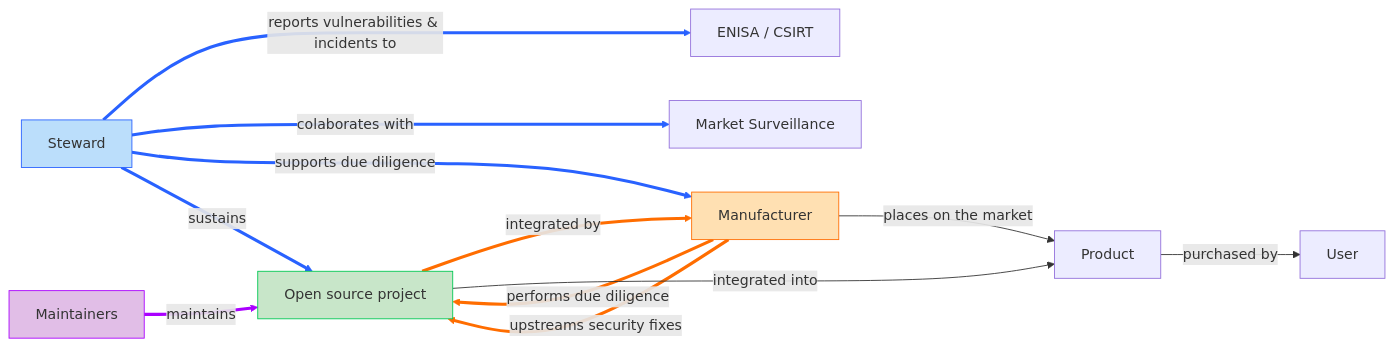
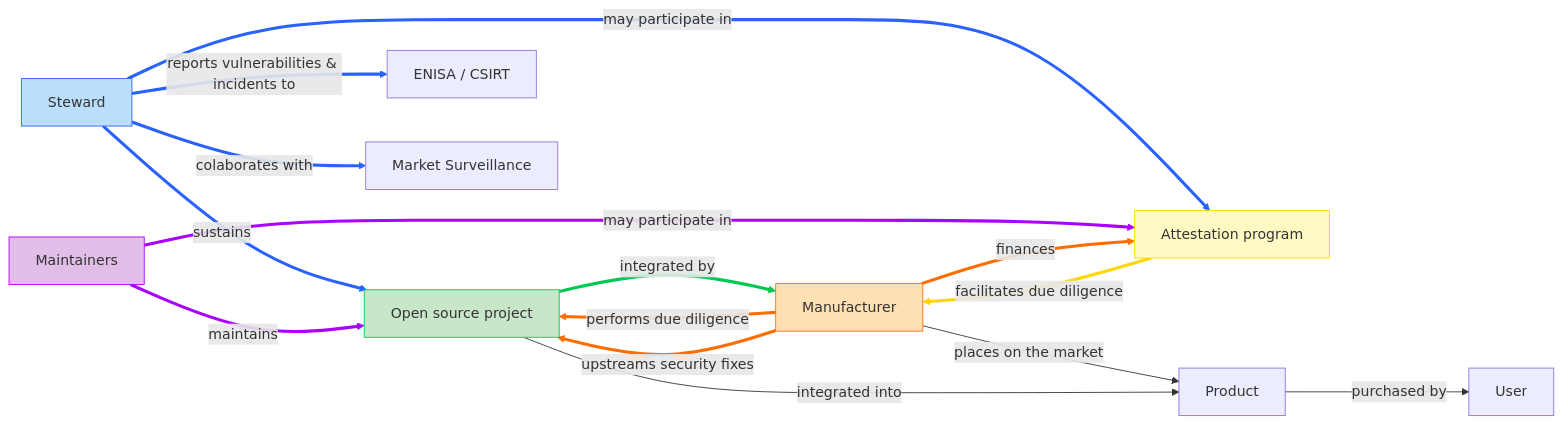
Before and after one commit to orcwg/orcwg: the diagram in cyber-resilience-sig/README.md, drawn with Mermaid.

Commit message:
Include Attestation program in scope diagram

````diff
--- a/cyber-resilience-sig/README.md
+++ b/cyber-resilience-sig/README.md
@@ -15,27 +15,29 @@
 ```mermaid
 flowchart LR
     foss["Open source project"] == integrated by ==> manufacturer["Manufacturer"] 
     manufacturer == performs due diligence ==> foss
-    steward["Steward"] == reports vulnerabilities & incidents to ===> enisa["ENISA / CSIRT"]
-    steward == colaborates with ===> msa["Market Surveillance"]
-    steward == supports due diligence ==> manufacturer
+    steward["Steward"] == reports vulnerabilities & incidents to ==> enisa["ENISA / CSIRT"]
+    steward == colaborates with ==> msa["Market Surveillance"]
+    prog["Attestation program"] == facilitates due diligence ==> manufacturer
+    steward == may participate in ==> prog
+    maintainers["Maintainers"] == may participate in ==> prog
+    manufacturer == finances ==> prog
     steward == sustains ==> foss
-    maintainers["Maintainers"] == maintains ==> foss
+    maintainers == maintains ==> foss
     manufacturer == upstreams security fixes ==> foss
     manufacturer -- places on the market --> product["Product"]
     foss -- integrated into --> product
     product -- purchased by --> user["User"]
 
+
     style steward fill:#BBDEFB,stroke:#2962FF
     style foss fill:#C8E6C9,stroke:#00C853
     style manufacturer stroke:#FF6D00,fill:#FFE0B2
     style maintainers fill:#E1BEE7,stroke:#AA00FF
-    linkStyle 0 stroke:#FF6D00,fill:none
-    linkStyle 1 stroke:#FF6D00,fill:none
-    linkStyle 2 stroke:#2962FF,fill:none
-    linkStyle 3 stroke:#2962FF,fill:none
-    linkStyle 4 stroke:#2962FF,fill:none
-    linkStyle 5 stroke:#2962FF,fill:none
-    linkStyle 6 stroke:#AA00FF,fill:none
-    linkStyle 7 stroke:#FF6D00,fill:none
+    style prog fill:#FFF9C4,stroke:#FFD600
+    linkStyle 1,7,10 stroke:#FF6D00,fill:none
+    linkStyle 2,3,5,8 stroke:#2962FF,fill:none
+    linkStyle 6,9 stroke:#AA00FF,fill:none
+    linkStyle 4 stroke:#FFD600,fill:none
+    linkStyle 0 stroke:#00C853,fill:none
 ```
````
